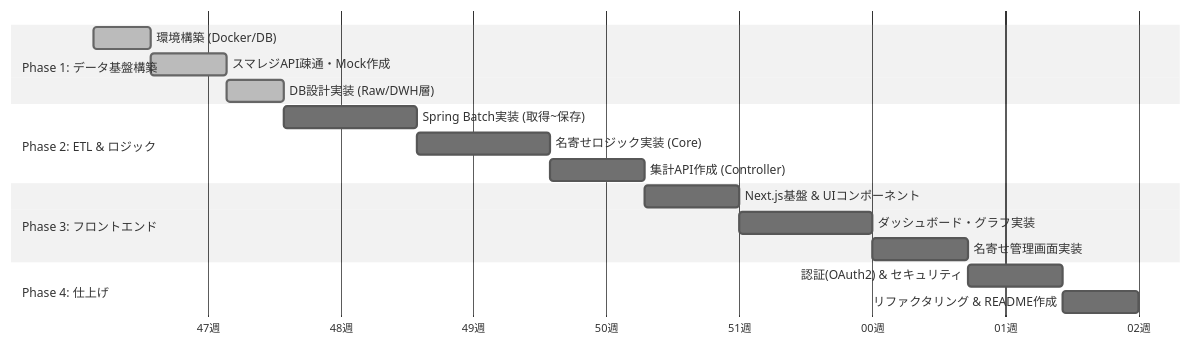
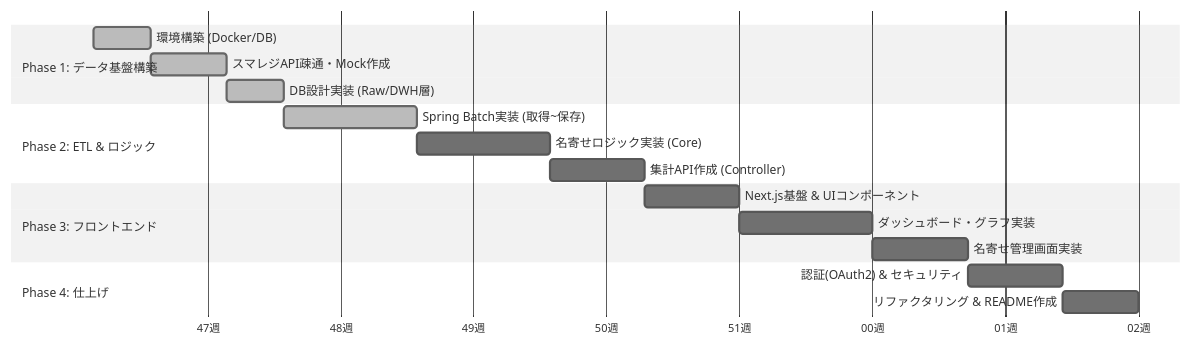
One commit to horinoA/beauty-sales-dwh changed the diagram in docs/roadmap.md. Above: the diagram before and after it, drawn with Mermaid (neutral theme).

Commit message:
roadmap進捗

````diff
--- a/docs/roadmap.md
+++ b/docs/roadmap.md
@@ -4,24 +4,24 @@
 ```mermaid
 gantt
     dateFormat  YYYY-MM-DD
     axisFormat  %W週
 
     section Phase 1: データ基盤構築
     環境構築 (Docker/DB)           :done, p1_1, 2025-11-24, 3d
     スマレジAPI疎通・Mock作成       :done, p1_2, after p1_1, 4d
     DB設計実装 (Raw/DWH層)         :done, p1_3, after p1_2, 3d
     
     section Phase 2: ETL & ロジック
-    Spring Batch実装 (取得~保存)    :p2_1, after p1_3, 7d
+    Spring Batch実装 (取得~保存)    :done, p2_1, after p1_3, 7d
     名寄せロジック実装 (Core)       :p2_2, after p2_1, 7d
     集計API作成 (Controller)       :p2_3, after p2_2, 5d
 
     section Phase 3: フロントエンド
     Next.js基盤 & UIコンポーネント   :p3_1, after p2_3, 5d
     ダッシュボード・グラフ実装       :p3_2, after p3_1, 7d
     名寄せ管理画面実装             :p3_3, after p3_2, 5d
 
     section Phase 4: 仕上げ
     認証(OAuth2) & セキュリティ     :p4_1, after p3_3, 5d
     リファクタリング & README作成    :p4_2, after p4_1, 4d
 ```
````
